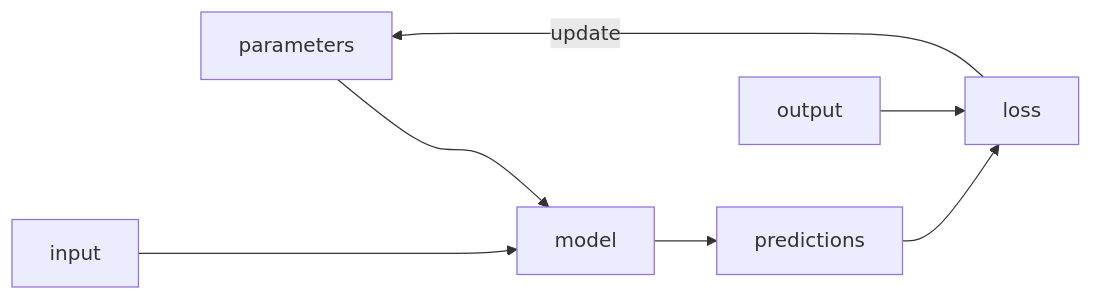
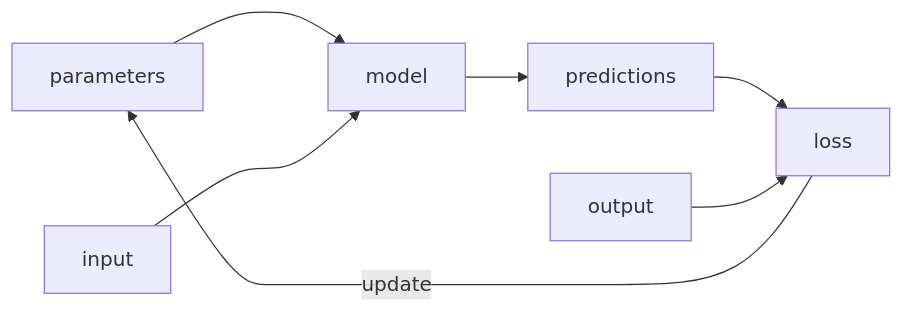
Before and after one commit to nicoladerric/nicoladerric.github.io: the third of 3 diagrams in _posts/2023-08-16-rivoluzione.md, drawn with Mermaid.

````diff
--- a/_posts/2023-08-16-rivoluzione.md
+++ b/_posts/2023-08-16-rivoluzione.md
@@ -31,9 +31,9 @@
 ```mermaid
 flowchart LR;
     parameters --> model;
-    input ----> model;
+    input ---> model;
     model --> predictions;
     predictions --> loss;
     output --> loss;
     loss -----> |update|parameters;
 ```
````
